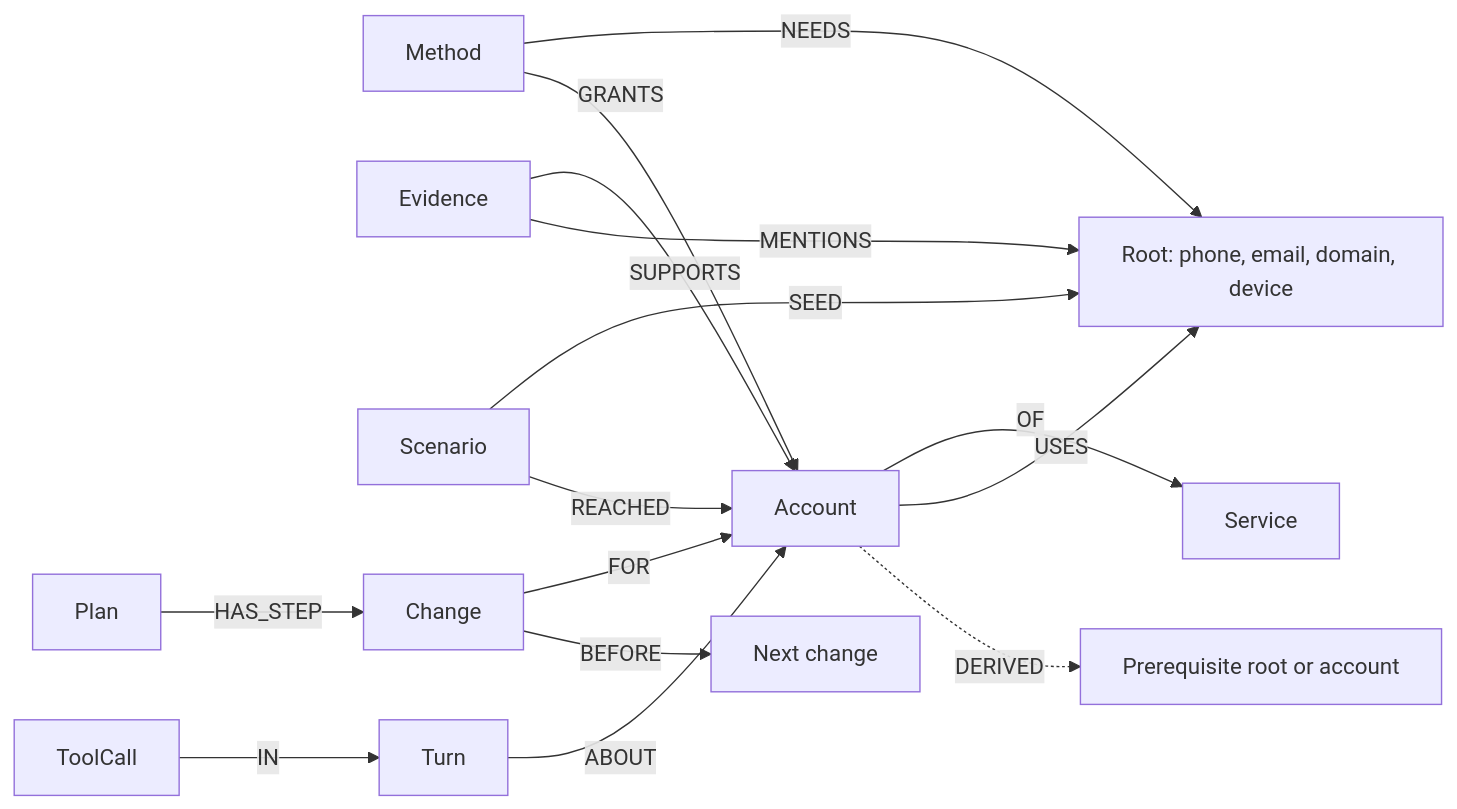
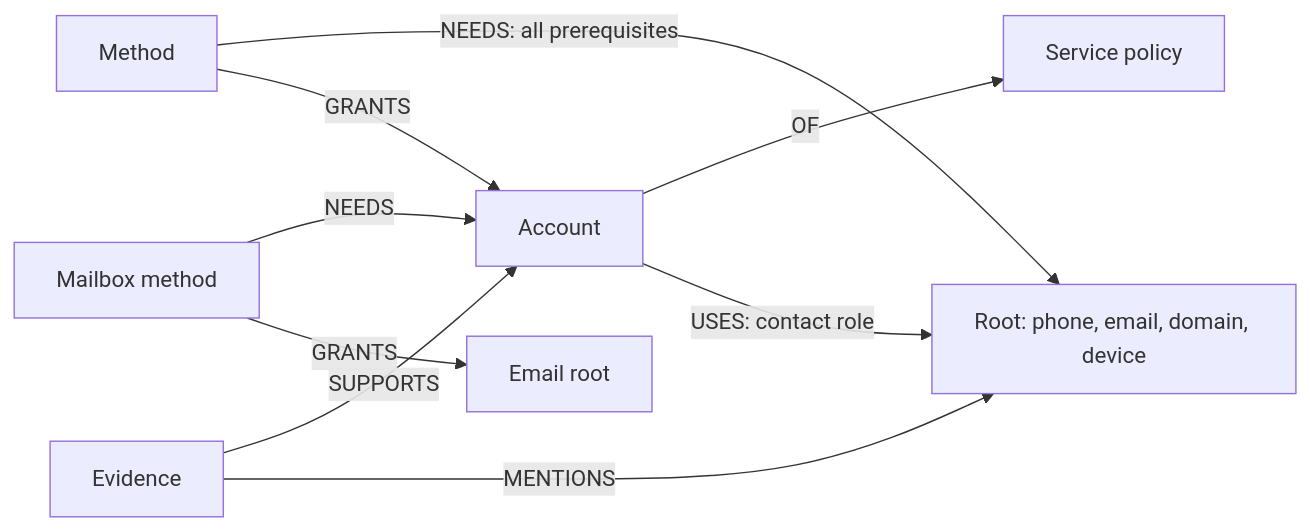
Before and after one commit to Forsooth-Tis-I/lapse: the second of 3 diagrams in README.md, drawn with Mermaid. The commit also changed other lines of this file and 11 other files, not shown here.

````diff
--- a/README.md
+++ b/README.md
@@ -66,17 +98,11 @@
 ```mermaid
 flowchart LR
-    A[Account] -->|OF| S[Service]
-    A -->|USES| R[Root: phone, email, domain, device]
-    M[Method] -->|NEEDS| R
-    M -->|GRANTS| A
-    E[Evidence] -->|SUPPORTS| A
-    E -->|MENTIONS| R
-    SC[Scenario] -->|SEED| R
-    SC -->|REACHED| A
-    A -.->|DERIVED| N[Prerequisite root or account]
-    P[Plan] -->|HAS_STEP| C[Change]
-    C -->|FOR| A
-    C -->|BEFORE| C2[Next change]
-    T[ToolCall] -->|IN| U[Turn]
-    U -->|ABOUT| A
+    account["Account"] -->|OF| service["Service policy"]
+    account -->|USES: contact role| root["Root: phone, email, domain, device"]
+    method["Method"] -->|NEEDS: all prerequisites| root
+    method -->|GRANTS| account
+    mailbox["Mailbox method"] -->|NEEDS| account
+    mailbox -->|GRANTS| email["Email root"]
+    evidence["Evidence"] -->|SUPPORTS| account
+    evidence -->|MENTIONS| root
 ```
````
